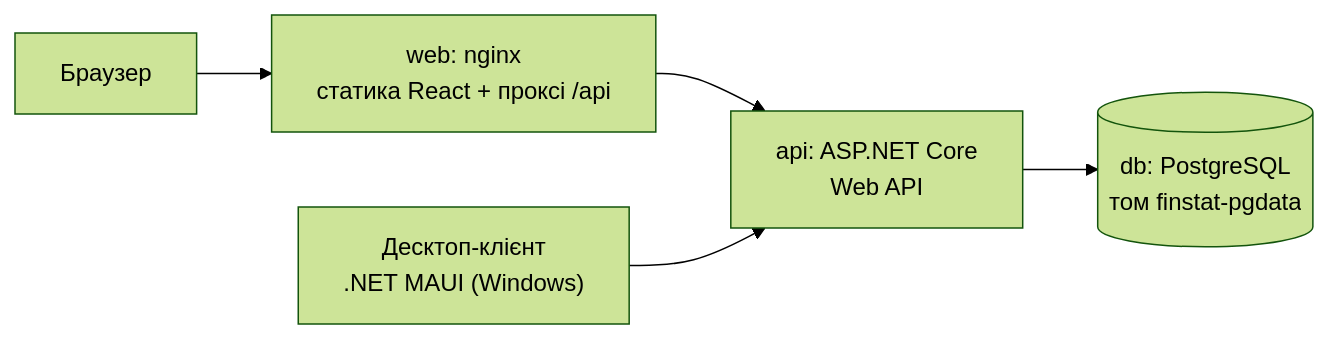
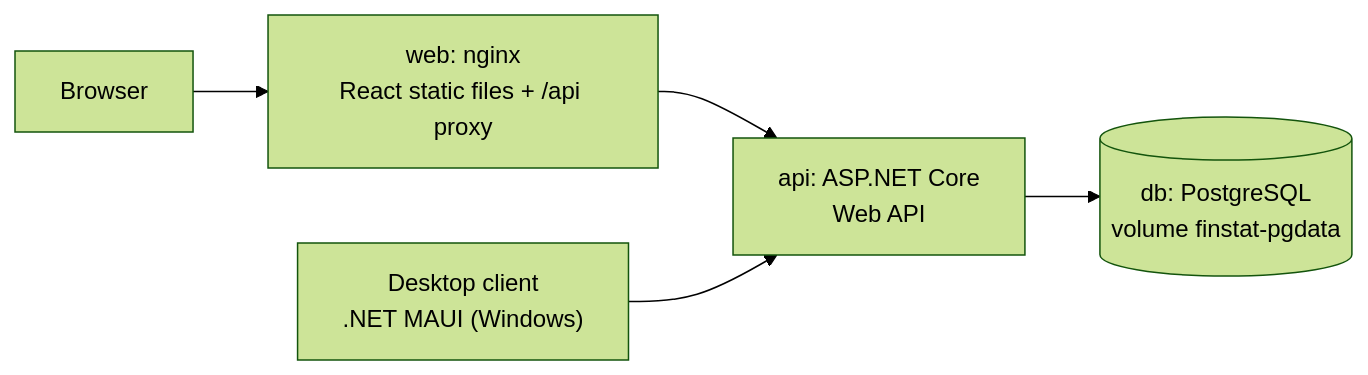
One commit to shpvk/finstat changed the first of 2 diagrams in README.md. Above: the diagram before and after it, drawn with Mermaid (forest theme). The commit also changed other lines of this file and 1 other file, not shown here.

````diff
--- a/README.md
+++ b/README.md
@@ -49,7 +49,7 @@
 ```mermaid
 flowchart LR
-  browser[Браузер] --> web["web: nginx<br/>статика React + проксі /api"]
+  browser[Browser] --> web["web: nginx<br/>React static files + /api proxy"]
   web --> api["api: ASP.NET Core<br/>Web API"]
-  desktop["Десктоп-клієнт<br/>.NET MAUI (Windows)"] --> api
-  api --> db[("db: PostgreSQL<br/>том finstat-pgdata")]
+  desktop["Desktop client<br/>.NET MAUI (Windows)"] --> api
+  api --> db[("db: PostgreSQL<br/>volume finstat-pgdata")]
 ```
````
